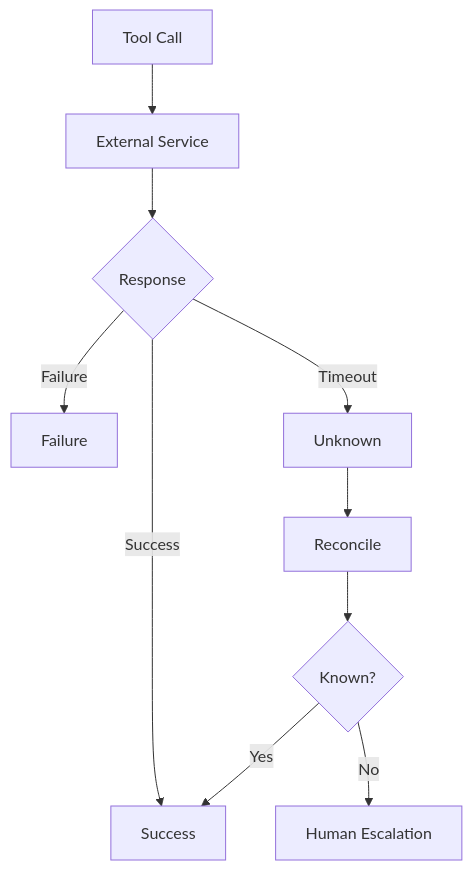
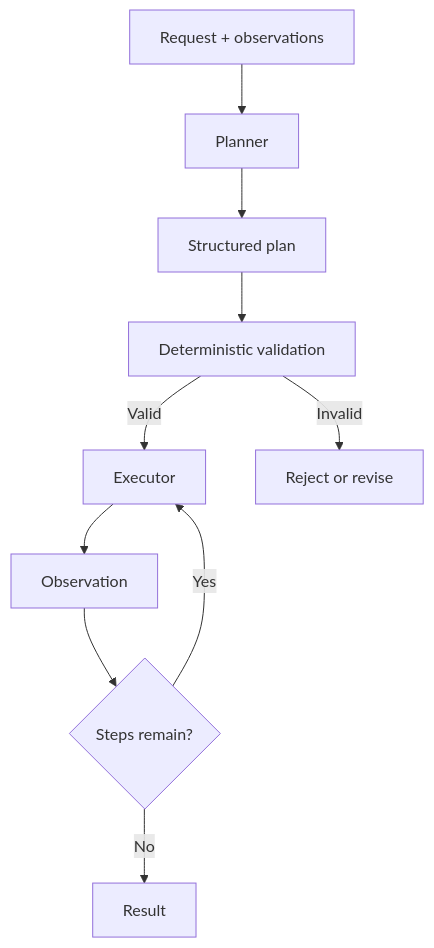
Before and after one commit to MihirKJha/enterprise-ai-engineering-handbook: the second of 4 diagrams in docs/08-ai-engineering-frameworks/langgraph/23-langgraph-agent-workflows.md, drawn with Mermaid. The commit also changed other lines of this file and 10 other files, not shown here.

````diff
--- a/docs/08-ai-engineering-frameworks/langgraph/23-langgraph-agent-workflows.md
+++ b/docs/08-ai-engineering-frameworks/langgraph/23-langgraph-agent-workflows.md
@@ -1259,21 +96,12 @@
 ```mermaid
 flowchart TD
-
-    A[Tool Call] --> B[External Service]
-
-    B --> C{Response}
-
-    C -->|Success| D[Success]
-
-    C -->|Failure| E[Failure]
-
-    C -->|Timeout| F[Unknown]
-
-    F --> G[Reconcile]
-
-    G --> H{Known?}
-
-    H -->|Yes| D
-
-    H -->|No| I[Human Escalation]
+    A[Request + observations] --> B[Planner]
+    B --> C[Structured plan]
+    C --> D[Deterministic validation]
+    D -->|Valid| E[Executor]
+    D -->|Invalid| F[Reject or revise]
+    E --> G[Observation]
+    G --> H{Steps remain?}
+    H -->|Yes| E
+    H -->|No| I[Result]
 ```
````
